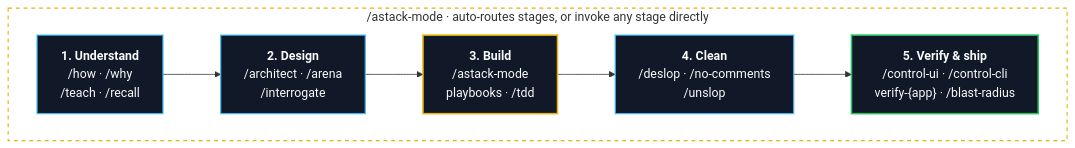
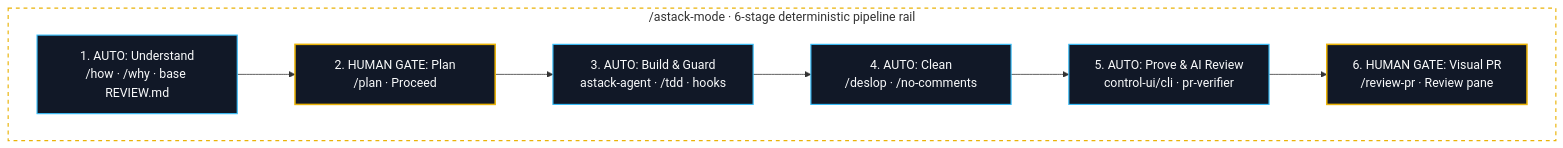
The second of 2 diagrams in README.md (jmxt3/astack), drawn with Mermaid before and after one commit. The commit also changed other lines of this file and 21 other files, not shown here.

````diff
--- a/README.md
+++ b/README.md
@@ -122,31 +122,27 @@
 ```mermaid
 flowchart LR
-    subgraph Router["/astack-mode · auto-routes stages, or invoke any stage directly"]
+    subgraph Router["/astack-mode · 6-stage deterministic pipeline rail"]
         direction LR
-        S1["`**1. Understand**
-/how · /why
-/teach · /recall`"]
-        S2["`**2. Design**
-/architect · /arena
-/interrogate`"]
-        S3["`**3. Build**
-/astack-mode
-playbooks · /tdd`"]
-        S4["`**4. Clean**
-/deslop · /no-comments
-/unslop`"]
-        S5["`**5. Verify & ship**
-/control-ui · /control-cli
-verify-{app} · /blast-radius`"]
+        S1["`1. AUTO: Understand
+/how · /why · base REVIEW.md`"]
+        S2["`2. HUMAN GATE: Plan
+/plan · Proceed`"]
+        S3["`3. AUTO: Build & Guard
+astack-agent · /tdd · hooks`"]
+        S4["`4. AUTO: Clean
+/deslop · /no-comments`"]
+        S5["`5. AUTO: Prove & AI Review
+control-ui/cli · pr-verifier`"]
+        S6["`6. HUMAN GATE: Visual PR
+/review-pr · Review pane`"]
 
-        S1 --> S2 --> S3 --> S4 --> S5
+        S1 --> S2 --> S3 --> S4 --> S5 --> S6
     end
 
     style Router fill:transparent,stroke:#eab308,stroke-width:1.5px,stroke-dasharray:5 5
     classDef stage fill:#111827,stroke:#38bdf8,stroke-width:1.5px,color:#f9fafb
-    classDef build fill:#111827,stroke:#eab308,stroke-width:2px,color:#f9fafb
+    classDef gate fill:#111827,stroke:#eab308,stroke-width:2px,color:#f9fafb
     classDef verify fill:#111827,stroke:#22c55e,stroke-width:2px,color:#f9fafb
-    class S1,S2,S4 stage
-    class S3 build
-    class S5 verify
+    class S1,S3,S4,S5 stage
+    class S2,S6 gate
 ```
````
